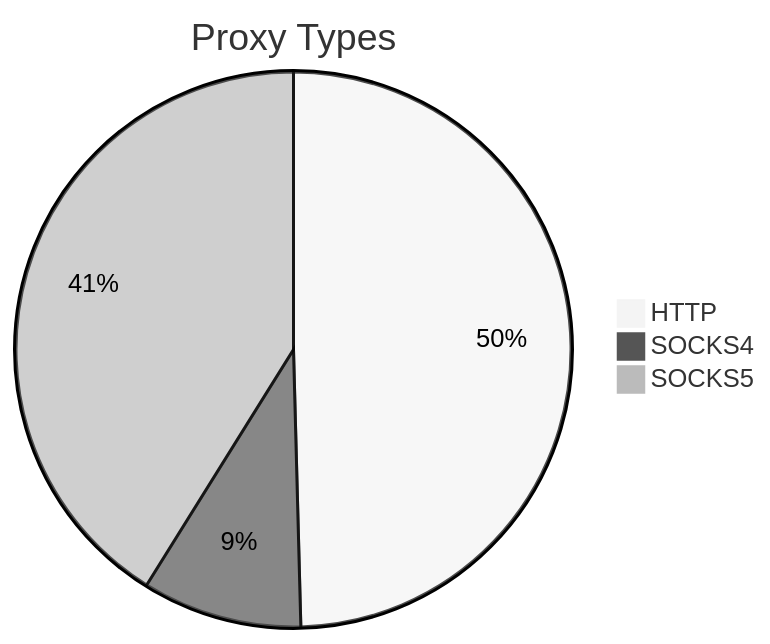
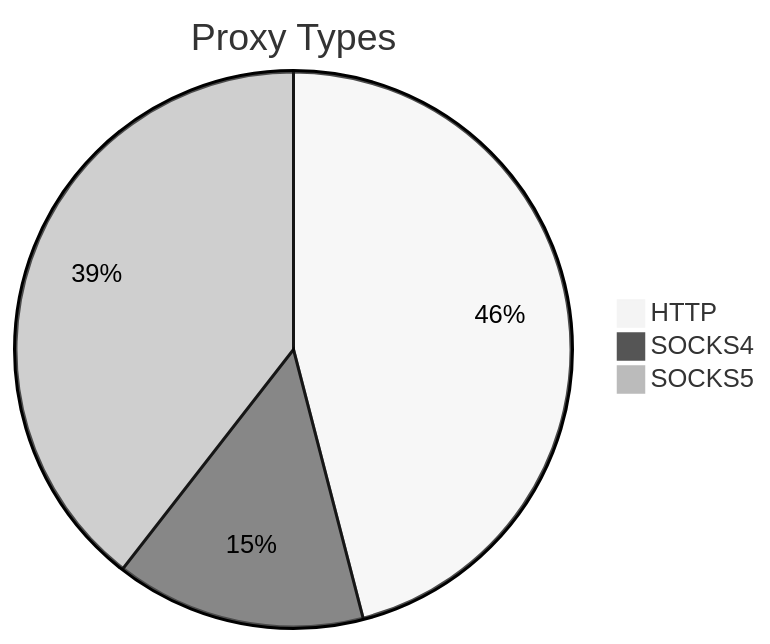
The first of 2 diagrams in README.md (stormsia/proxy-list), drawn with Mermaid (neutral theme) before and after one commit. The commit also changed other lines of this file, not shown here.

````diff
--- a/README.md
+++ b/README.md
@@ -21,6 +21,6 @@
 ```mermaid
 pie title Proxy Types
-    "HTTP" : 176
-    "SOCKS4" : 33
-    "SOCKS5" : 146
+    "HTTP" : 262
+    "SOCKS4" : 83
+    "SOCKS5" : 225
 ```
````
